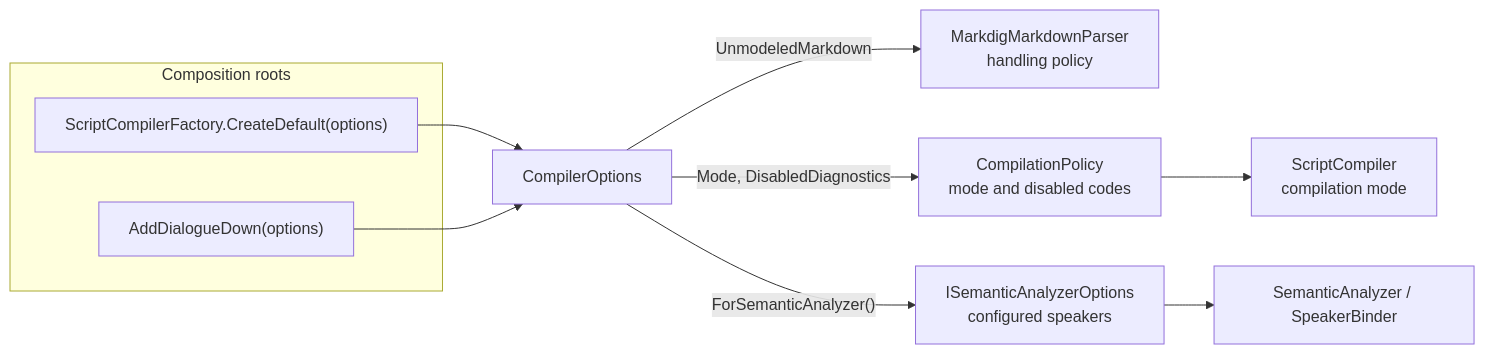
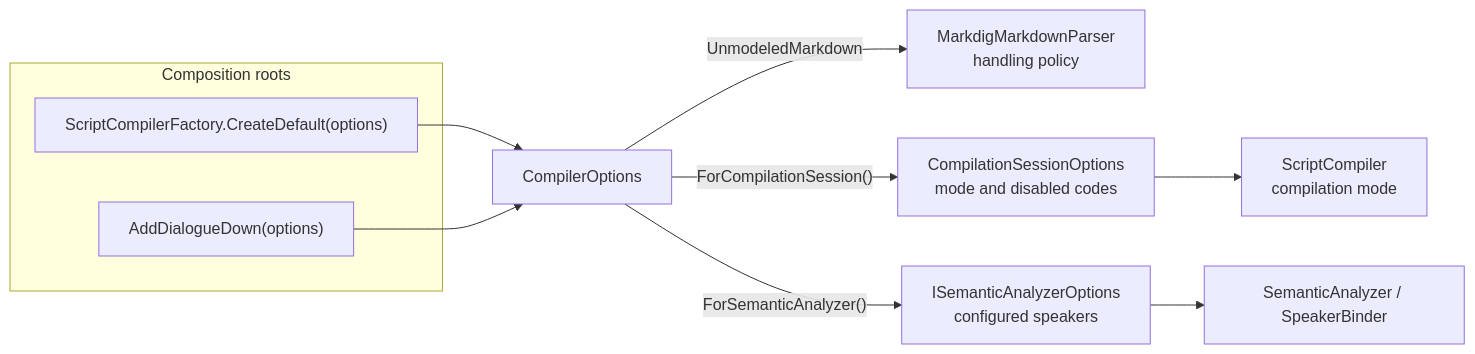
The diagram in docs/contributing/design-notes/configuration/Configuration.md (pengzhengyi/dialoguedown), drawn with Mermaid before and after one commit. The commit also changed other lines of this file and 2 other files, not shown here.

First line of the commit message:
docs(design-notes): describe the disabled-code check and session options

````diff
--- a/docs/contributing/design-notes/configuration/Configuration.md
+++ b/docs/contributing/design-notes/configuration/Configuration.md
@@ -26,19 +26,19 @@
 ```mermaid
 flowchart LR
     subgraph roots["Composition roots"]
         F["ScriptCompilerFactory.CreateDefault(options)"]
         D["AddDialogueDown(options)"]
     end
     O["CompilerOptions"]
     M["MarkdigMarkdownParser<br/>handling policy"]
     C["ScriptCompiler<br/>compilation mode"]
     S["ISemanticAnalyzerOptions<br/>configured speakers"]
     A["SemanticAnalyzer / SpeakerBinder"]
-    P["CompilationPolicy<br/>mode and disabled codes"]
+    P["CompilationSessionOptions<br/>mode and disabled codes"]
 
     F --> O
     D --> O
     O -->|"UnmodeledMarkdown"| M
-    O -->|"Mode, DisabledDiagnostics"| P --> C
+    O -->|"ForCompilationSession()"| P --> C
     O -->|"ForSemanticAnalyzer()"| S --> A
 ```
````
